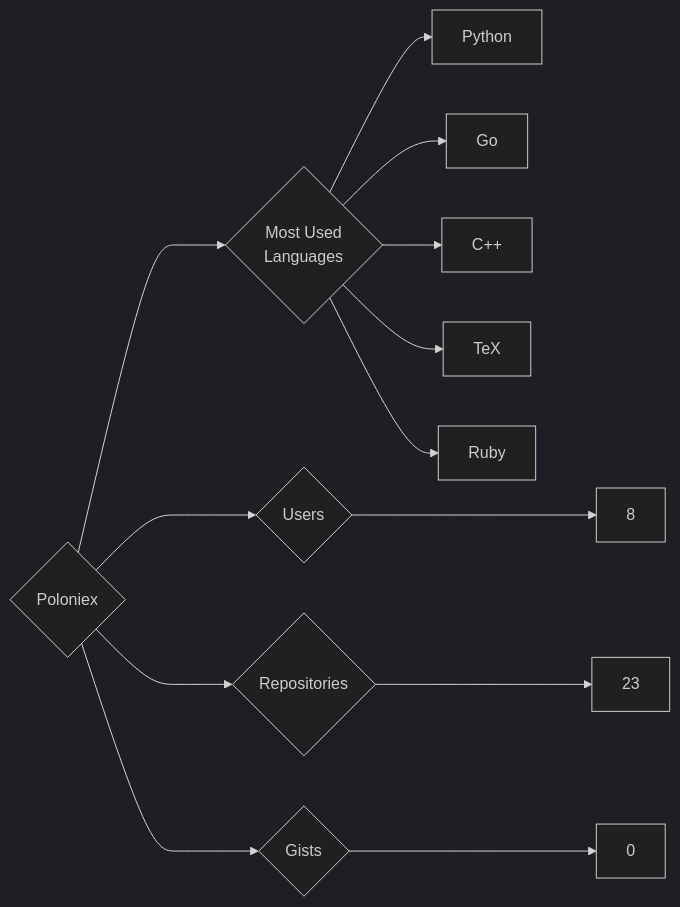
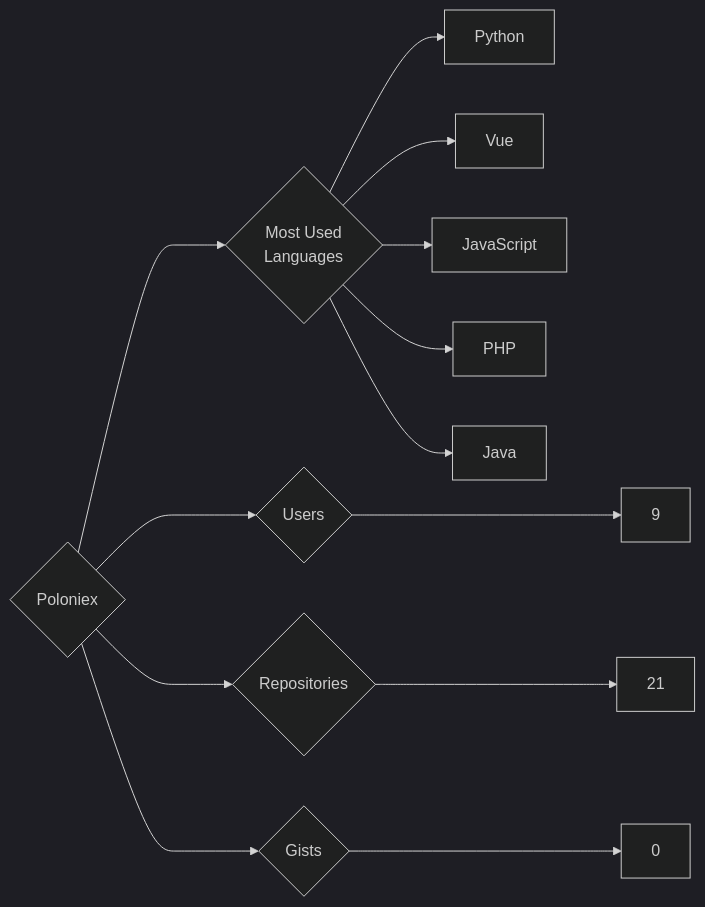
Before and after one commit to trickest/insiders: the diagram in targets/Poloniex/README.md, drawn with Mermaid (dark theme). The commit also changed 1696 other files, not shown here.

````diff
--- a/targets/Poloniex/README.md
+++ b/targets/Poloniex/README.md
@@ -3,13 +3,13 @@
 ```mermaid
 graph LR
 COMPANY_NAME{Poloniex}
-COMPANY_NAME ---> U{Users} ---> UN[8]
-COMPANY_NAME ---> R{Repositories} ---> RN[23]
+COMPANY_NAME ---> U{Users} ---> UN[9]
+COMPANY_NAME ---> R{Repositories} ---> RN[21]
 COMPANY_NAME ---> G{Gists} ---> GN[0]
 COMPANY_NAME ---> ML{Most Used<br>Languages}
 ML --> Python[Python]
-ML --> Go[Go]
-ML --> C++[C++]
-ML --> TeX[TeX]
-ML --> Ruby[Ruby]
+ML --> Vue[Vue]
+ML --> JavaScript[JavaScript]
+ML --> PHP[PHP]
+ML --> Java[Java]
 ```
````
